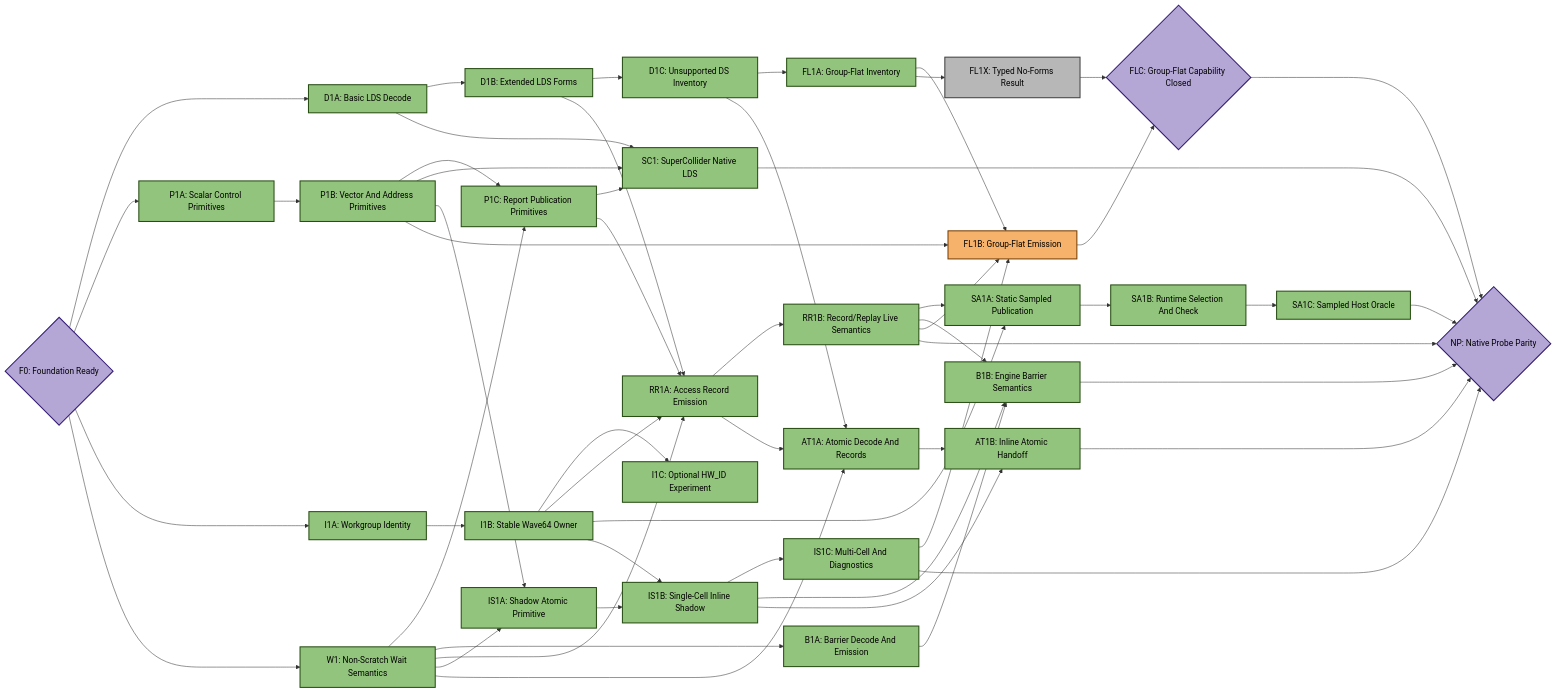
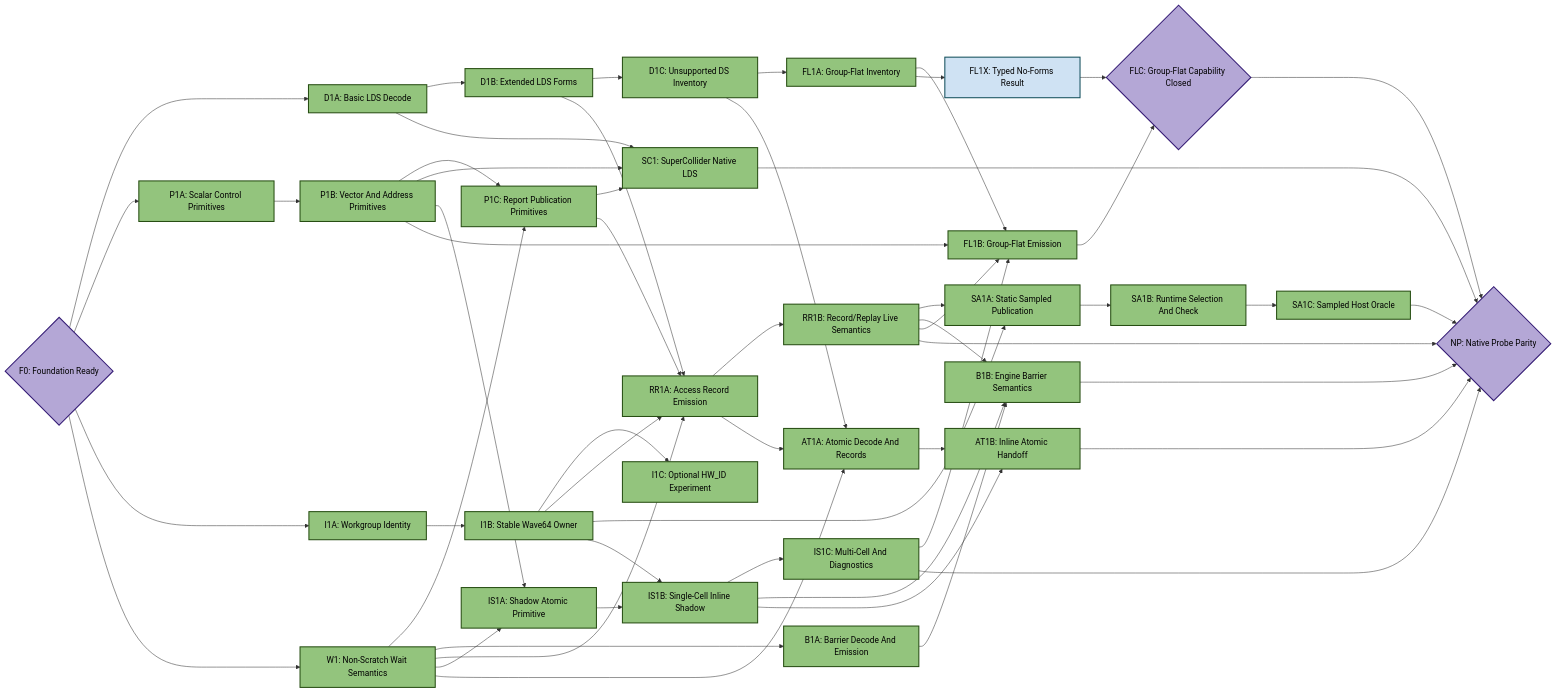
One commit to ROCm/rocm-systems changed the fourth of 5 diagrams in emulation/rocjitsu/docs/consan/PLAN_GFX950.md. Above: the diagram before and after it, drawn with Mermaid. The commit also changed other lines of this file and 3 other files, not shown here.

Commit message:
rocjitsu: validate gfx950 group-flat races

````diff
--- a/emulation/rocjitsu/docs/consan/PLAN_GFX950.md
+++ b/emulation/rocjitsu/docs/consan/PLAN_GFX950.md
@@ -426,8 +434,8 @@
   IS1B["IS1B: Single-Cell Inline Shadow"]:::done
   IS1C["IS1C: Multi-Cell And Diagnostics"]:::done
   FL1A["FL1A: Group-Flat Inventory"]:::done
-  FL1B["FL1B: Group-Flat Emission"]:::active
-  FL1X["FL1X: Typed No-Forms Result"]:::todo
+  FL1B["FL1B: Group-Flat Emission"]:::done
+  FL1X["FL1X: Typed No-Forms Result"]:::notselected
   FLC{"FLC: Group-Flat Capability Closed"}:::target
   AT1A["AT1A: Atomic Decode And Records"]:::done
   AT1B["AT1B: Inline Atomic Handoff"]:::done
@@ -485,5 +493,6 @@
   classDef done fill:#93c47d,stroke:#274e13,stroke-width:2px,color:#000;
   classDef active fill:#f6b26b,stroke:#783f04,stroke-width:2px,color:#000;
   classDef todo fill:#b7b7b7,stroke:#434343,stroke-width:2px,color:#000;
+  classDef notselected fill:#cfe2f3,stroke:#134f5c,stroke-width:2px,color:#000;
   classDef target fill:#b4a7d6,stroke:#351c75,stroke-width:2px,color:#000;
 ```
````
